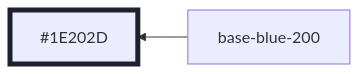
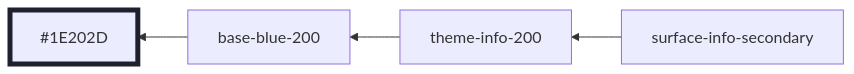
Before and after one commit to oxidecomputer/design-system: diagram 34 of 51 in styles/dist/main.md, drawn with Mermaid. The commit also changed other lines of this file and 8 other files, not shown here.

````diff
--- a/styles/dist/main.md
+++ b/styles/dist/main.md
@@ -411,6 +412,8 @@
 ```mermaid
 graph RL
   base-blue-200 --> #1E202D:::base-blue-200
+  surface-info-secondary --> theme-info-200
+  theme-info-200 --> base-blue-200
 
 	classDef base-blue-200 stroke-width:5,stroke:#1E202D
 ```
````
